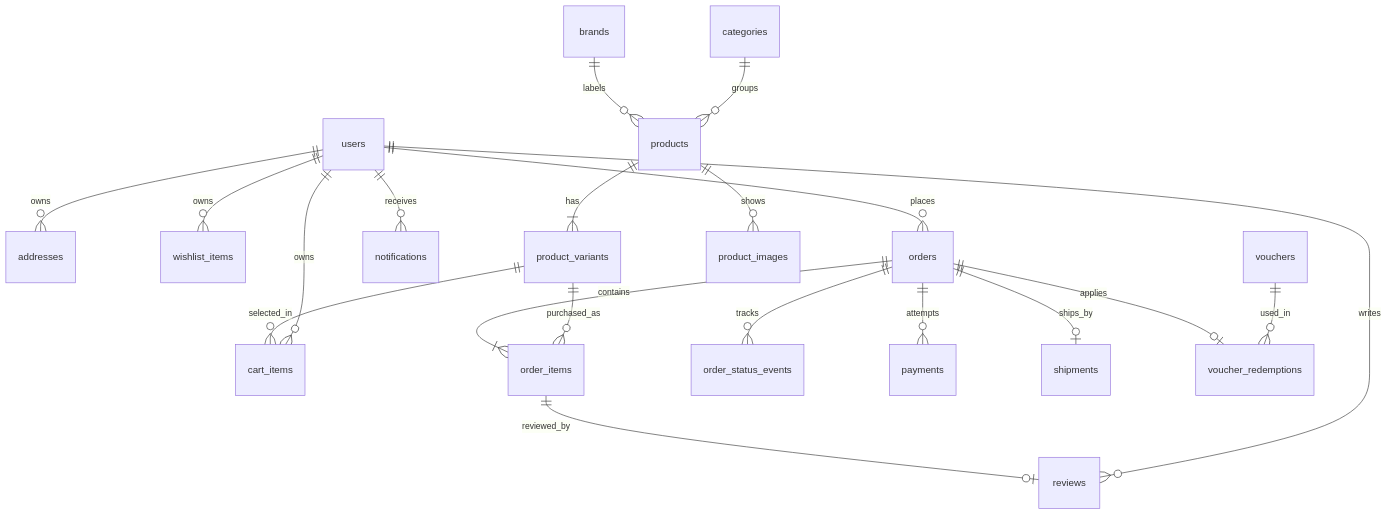
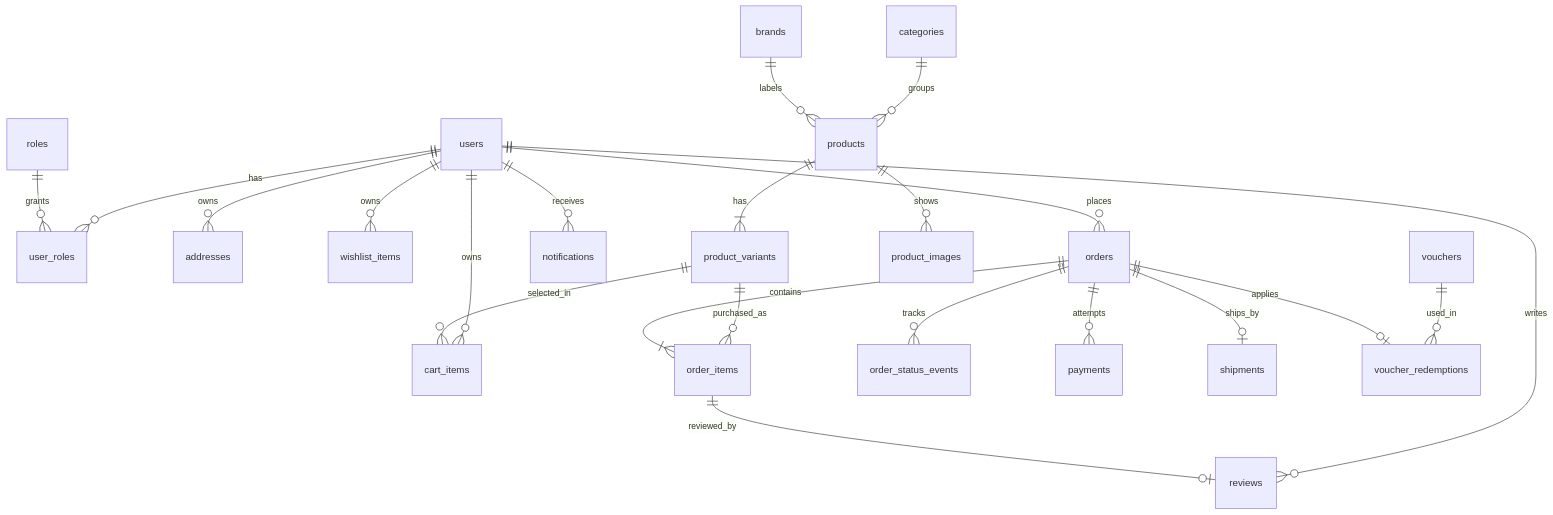
The diagram in database/README.md (congcuong14062003/minishop-server), drawn with Mermaid before and after one commit. The commit also changed other lines of this file and 56 other files, not shown here.

````diff
--- a/database/README.md
+++ b/database/README.md
@@ -22,22 +31,24 @@
 ```mermaid
 erDiagram
+    users ||--o{ user_roles : has
+    roles ||--o{ user_roles : grants
     users ||--o{ addresses : owns
     users ||--o{ cart_items : owns
     users ||--o{ wishlist_items : owns
     users ||--o{ orders : places
     users ||--o{ reviews : writes
     users ||--o{ notifications : receives
     categories ||--o{ products : groups
     brands ||--o{ products : labels
     products ||--|{ product_variants : has
     products ||--o{ product_images : shows
     product_variants ||--o{ cart_items : selected_in
     product_variants ||--o{ order_items : purchased_as
     orders ||--|{ order_items : contains
     orders ||--o{ order_status_events : tracks
     orders ||--o{ payments : attempts
     orders ||--o| shipments : ships_by
     vouchers ||--o{ voucher_redemptions : used_in
     orders ||--o| voucher_redemptions : applies
     order_items ||--o| reviews : reviewed_by
 ```
````
